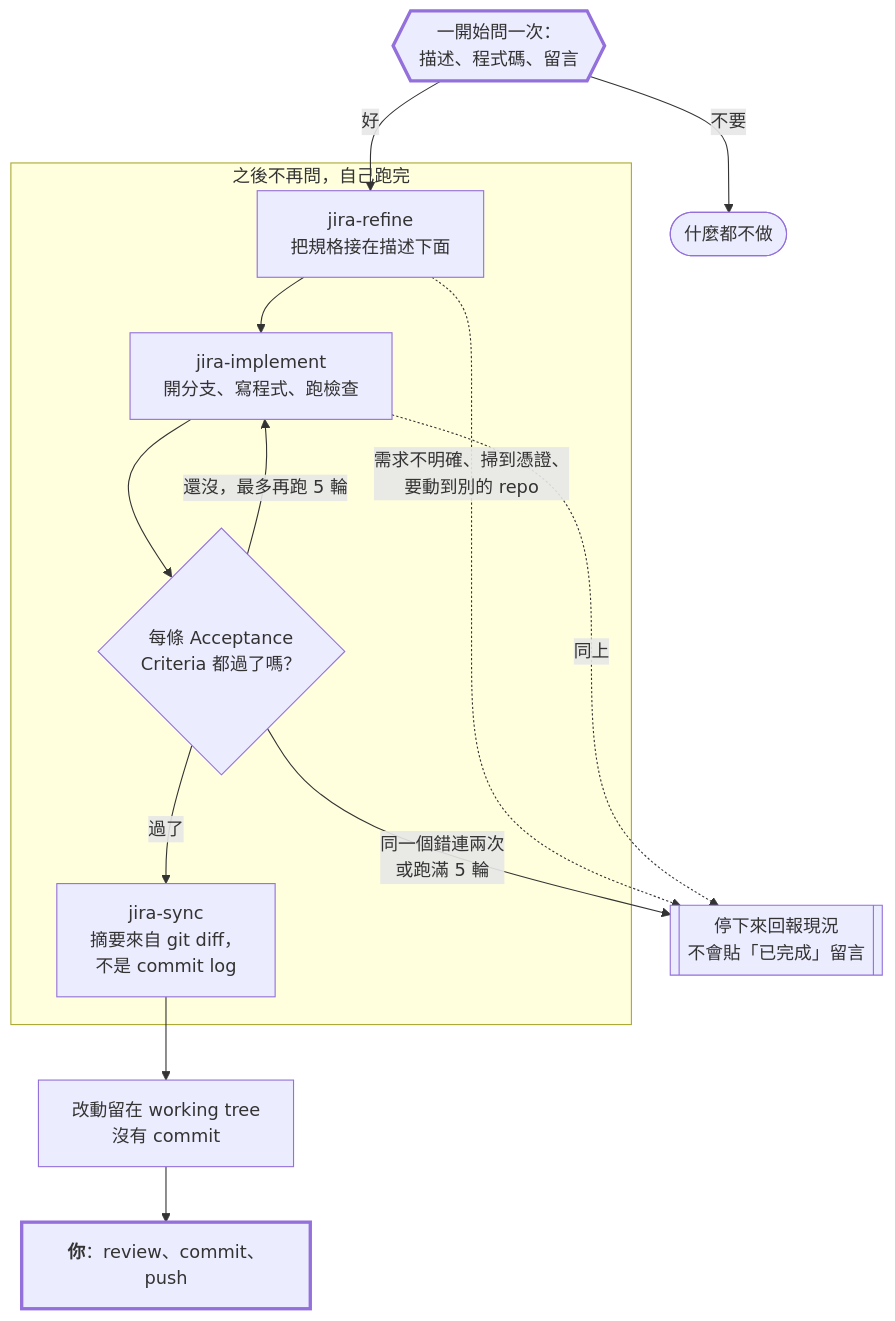
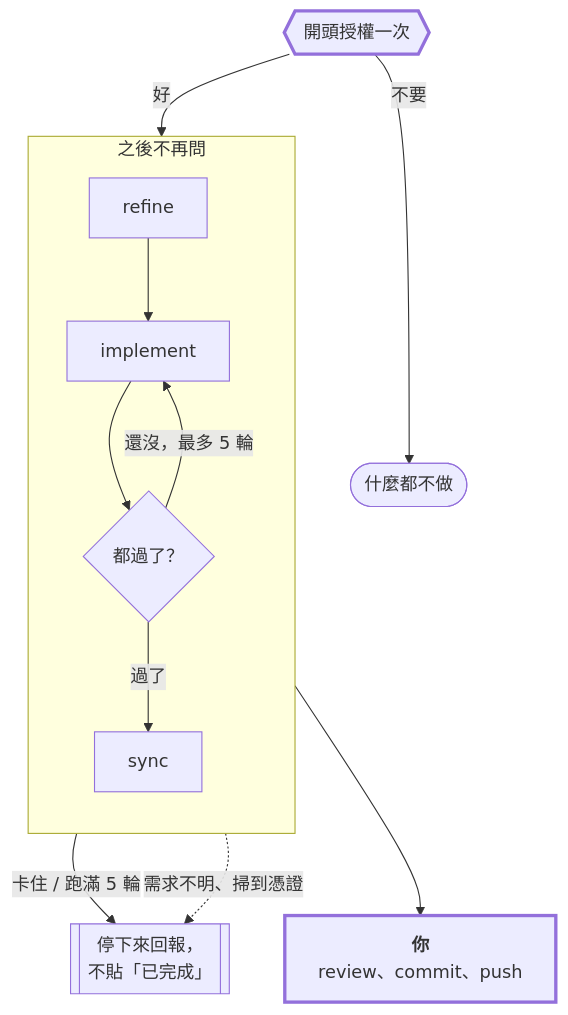
Before and after one commit to shinn716/jira-skills: the second of 2 diagrams in README.zh-TW.md, drawn with Mermaid. The commit also changed other lines of this file and 1 other file, not shown here.

Commit message:
Shrink the README diagrams
Node labels were three lines each, which made both flowcharts about 1300px tall
for 400px of width. Cut every label to one line and shortened the edge labels;
the nodes and the flow itself are unchanged. Roughly 45% less area per diagram.

Kept the TD layout. LR brings the height down to ~210px but pushes the width to
~1650px, which GitHub scales to the column and halves the text size.

````diff
--- a/README.zh-TW.md
+++ b/README.zh-TW.md
@@ -73,28 +62,19 @@
 ```mermaid
 flowchart TD
-    ask{{"一開始問一次：<br/>描述、程式碼、留言"}}
-    ask -- 不要 --> stop([什麼都不做])
+    ask{{"開頭授權一次"}} -- 不要 --> stop([什麼都不做])
     ask -- 好 --> refine
 
-    subgraph run["之後不再問，自己跑完"]
-        refine["jira-refine<br/>把規格接在描述下面"]
-        implement["jira-implement<br/>開分支、寫程式、跑檢查"]
-        check{"每條 Acceptance<br/>Criteria 都過了嗎？"}
-        sync["jira-sync<br/>摘要來自 git diff，<br/>不是 commit log"]
-
-        refine --> implement --> check
-        check -- "還沒，最多再跑 5 輪" --> implement
-        check -- 過了 --> sync
+    subgraph run["之後不再問"]
+        direction TB
+        refine["refine"] --> implement["implement"] --> check{"都過了？"}
+        check -- "還沒，最多 5 輪" --> implement
+        check -- 過了 --> sync["sync"]
     end
 
-    check -- "同一個錯連兩次<br/>或跑滿 5 輪" --> halt
-    refine -. "需求不明確、掃到憑證、<br/>要動到別的 repo" .-> halt
-    implement -. 同上 .-> halt
-
-    halt[["停下來回報現況<br/>不會貼「已完成」留言"]]
-    sync --> left["改動留在 working tree<br/>沒有 commit"]
-    left --> you["<b>你</b>：review、commit、push"]
+    check -- "卡住 / 跑滿 5 輪" --> halt
+    implement -. "需求不明、掃到憑證" .-> halt[["停下來回報，<br/>不貼「已完成」"]]
+    sync --> you["<b>你</b><br/>review、commit、push"]
 
     classDef human stroke-width:3px
     class you,ask human
 ```
````
